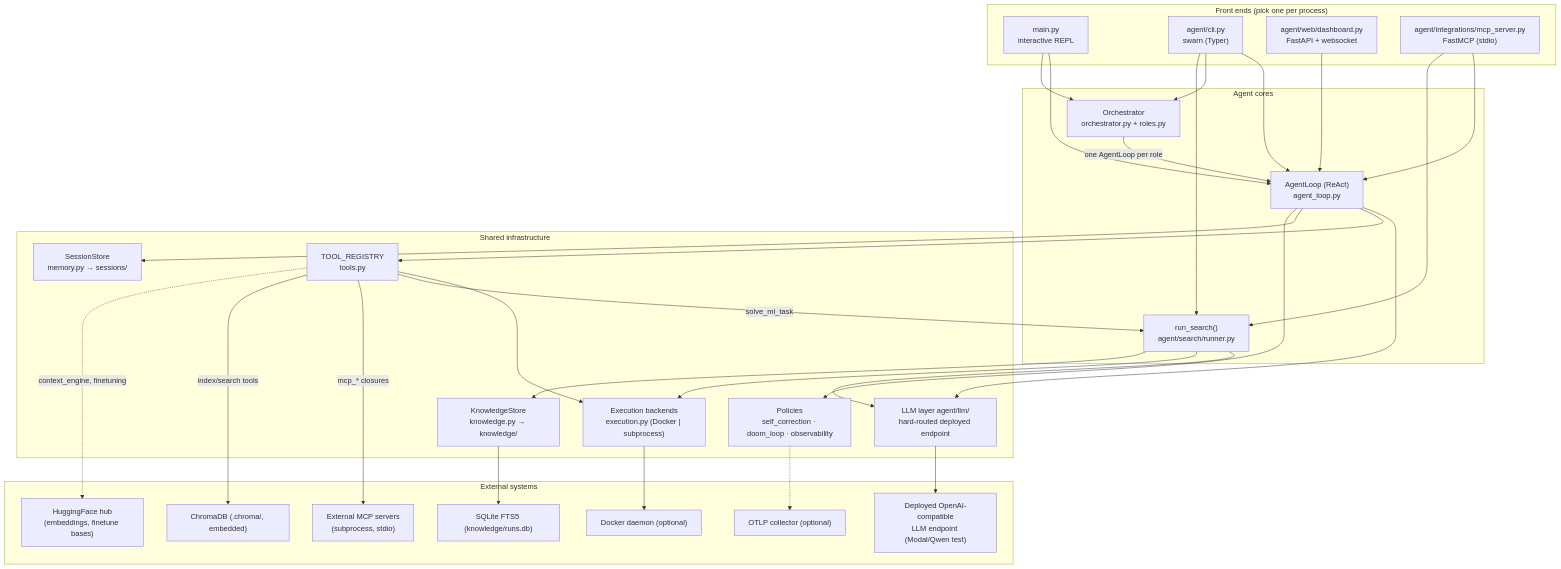
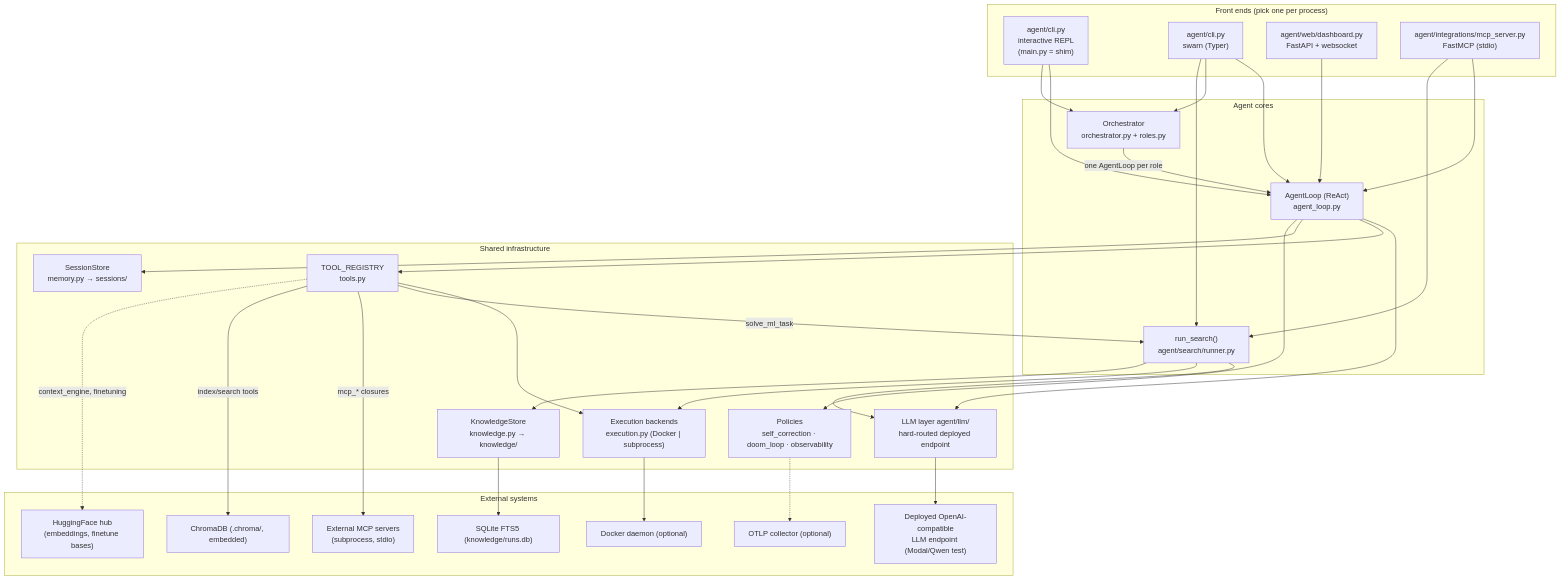
The diagram in docs/LLD/02_System_Architecture.md (hypernullvoid-spec/agent2), drawn with Mermaid before and after one commit. The commit also changed other lines of this file and 23 other files, not shown here.

````diff
--- a/docs/LLD/02_System_Architecture.md
+++ b/docs/LLD/02_System_Architecture.md
@@ -9,51 +9,51 @@
 ```mermaid
 graph TB
     subgraph FrontEnds["Front ends (pick one per process)"]
-        REPL["main.py<br/>interactive REPL"]
+        REPL["agent/cli.py<br/>interactive REPL<br/>(main.py = shim)"]
         CLI["agent/cli.py<br/>swarn (Typer)"]
         WEB["agent/web/dashboard.py<br/>FastAPI + websocket"]
         MCPSRV["agent/integrations/mcp_server.py<br/>FastMCP (stdio)"]
     end
 
     subgraph Cores["Agent cores"]
         REACT["AgentLoop (ReAct)<br/>agent_loop.py"]
         TEAM["Orchestrator<br/>orchestrator.py + roles.py"]
         TREE["run_search()<br/>agent/search/runner.py"]
     end
 
     subgraph Shared["Shared infrastructure"]
         LLML["LLM layer agent/llm/<br/>hard-routed deployed endpoint"]
         REG["TOOL_REGISTRY<br/>tools.py"]
         EXECB["Execution backends<br/>execution.py (Docker | subprocess)"]
         SESS["SessionStore<br/>memory.py → sessions/"]
         KNOWS["KnowledgeStore<br/>knowledge.py → knowledge/"]
         POLS["Policies<br/>self_correction · doom_loop · observability"]
     end
 
     subgraph External["External systems"]
         EP["Deployed OpenAI-compatible<br/>LLM endpoint (Modal/Qwen test)"]
         DOCKER["Docker daemon (optional)"]
         CHROMA["ChromaDB (.chroma/, embedded)"]
         SQLITE["SQLite FTS5 (knowledge/runs.db)"]
         MCPEXT["External MCP servers<br/>(subprocess, stdio)"]
         OTEL["OTLP collector (optional)"]
         HF["HuggingFace hub<br/>(embeddings, finetune bases)"]
     end
 
     REPL --> REACT & TEAM
     CLI --> REACT & TEAM & TREE
     WEB --> REACT
     MCPSRV --> REACT & TREE
     TEAM -->|"one AgentLoop per role"| REACT
     REACT --> LLML & REG & SESS & POLS
     TREE --> LLML & EXECB & KNOWS
     REG --> EXECB
     REG -->|solve_ml_task| TREE
     REG -->|mcp_* closures| MCPEXT
     LLML --> EP
     EXECB --> DOCKER
     REG -->|index/search tools| CHROMA
     KNOWS --> SQLITE
     POLS -.-> OTEL
     REG -.->|context_engine, finetuning| HF
 ```
````
